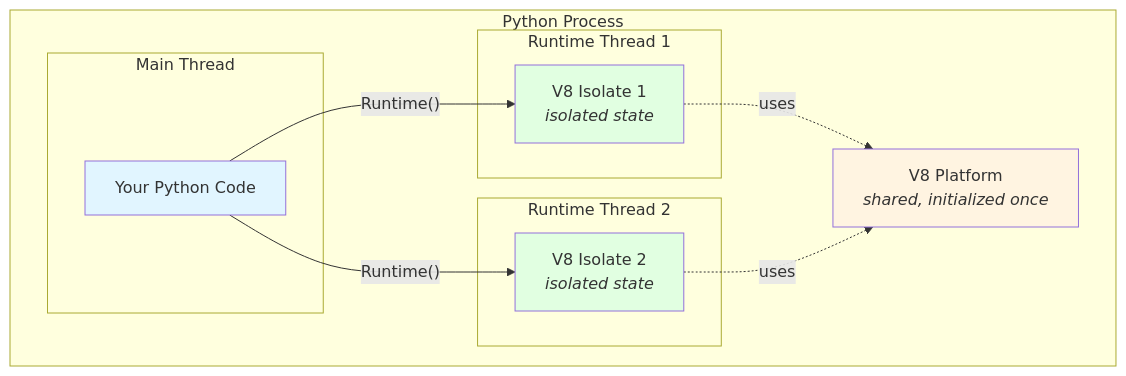
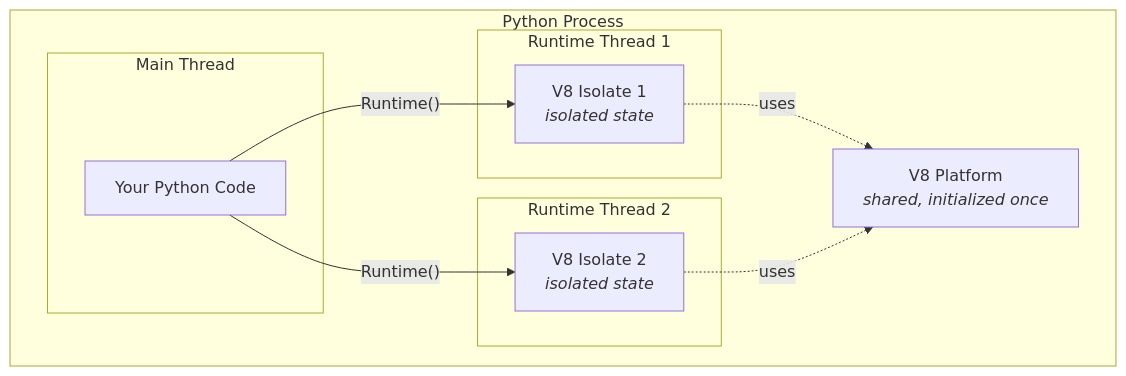
The diagram in docs/concepts/runtime.md (mikz/jsrun), drawn with Mermaid before and after one commit. The commit also changed other lines of this file and 11 other files, not shown here.

````diff
--- a/docs/concepts/runtime.md
+++ b/docs/concepts/runtime.md
@@ -16,29 +16,24 @@
 ```mermaid
 graph TB
     subgraph "Python Process"
         subgraph "Main Thread"
             PY[Your Python Code]
         end
 
         V8P[V8 Platform<br/><i>shared, initialized once</i>]
 
         subgraph "Runtime Thread 1"
             ISO1[V8 Isolate 1<br/><i>isolated state</i>]
         end
 
         subgraph "Runtime Thread 2"
             ISO2[V8 Isolate 2<br/><i>isolated state</i>]
         end
 
         PY -->|"Runtime()"| ISO1
         PY -->|"Runtime()"| ISO2
 
         ISO1 -.->|uses| V8P
         ISO2 -.->|uses| V8P
     end
-
-    style PY fill:#e1f5ff
-    style V8P fill:#fff4e1
-    style ISO1 fill:#e1ffe1
-    style ISO2 fill:#e1ffe1
 ```
````
